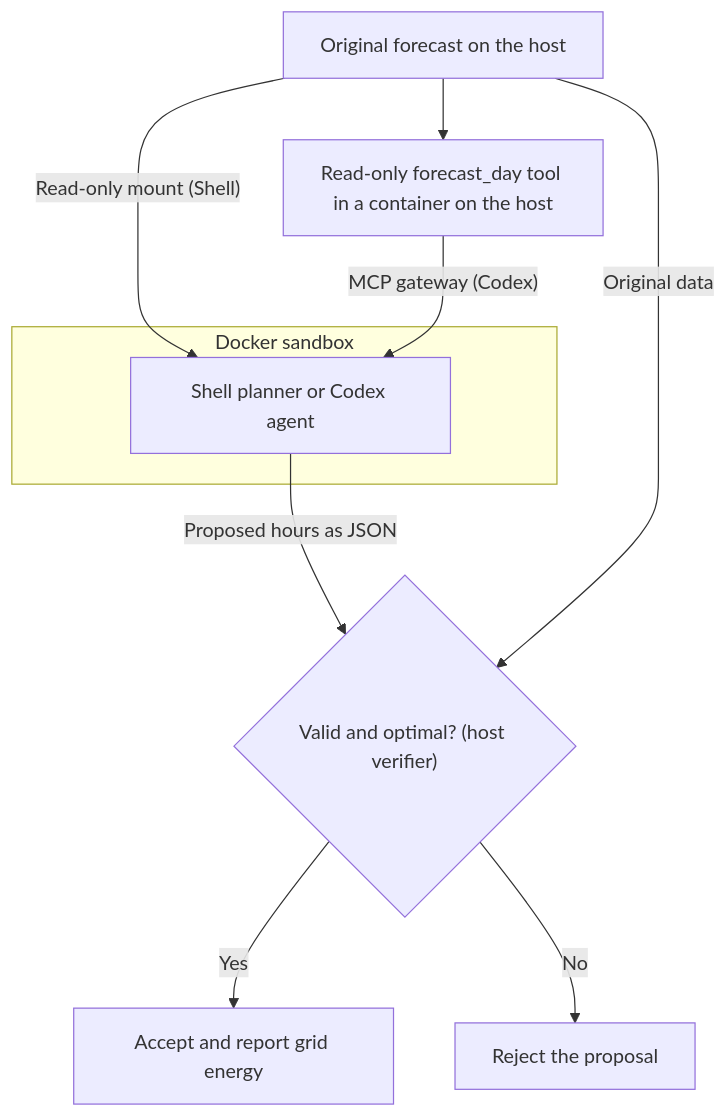
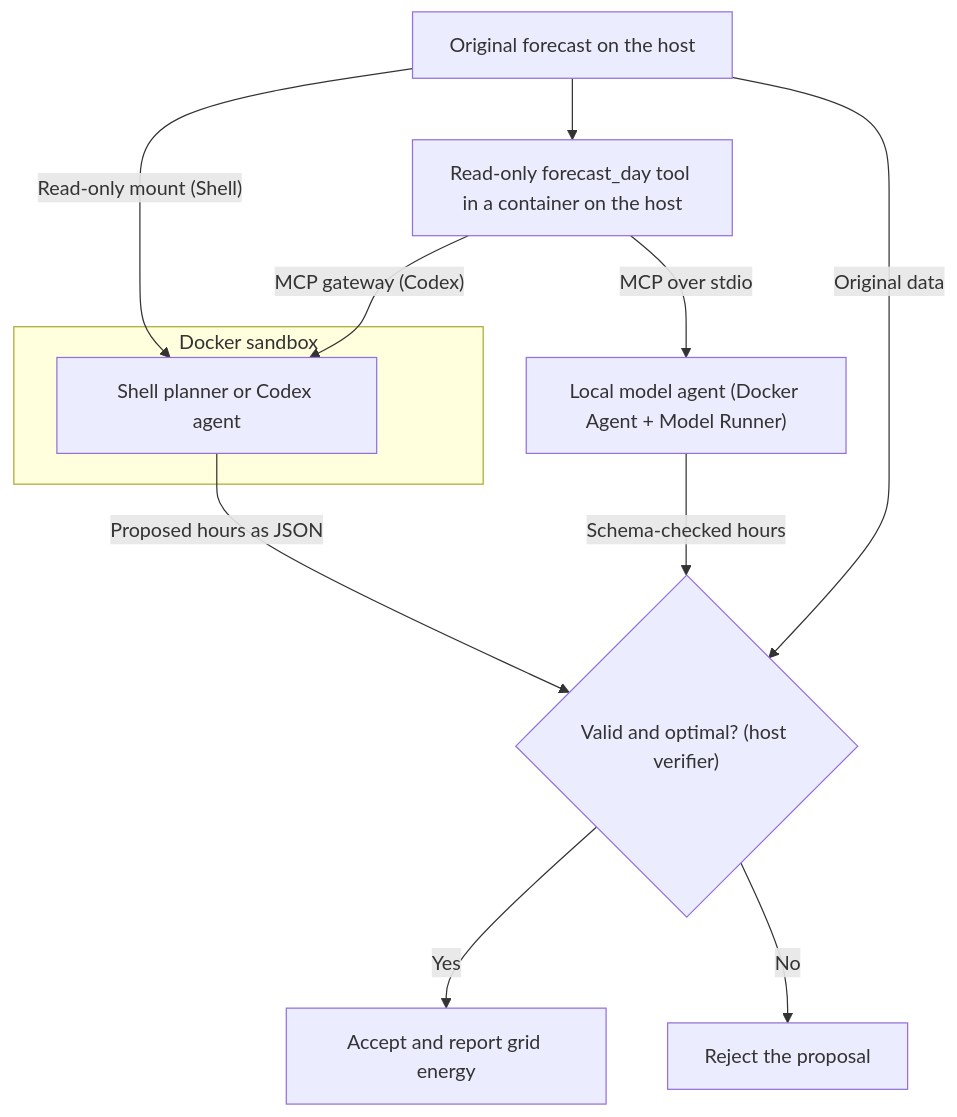
Before and after one commit to brunovicco/ai-agents-on-docker-lab: the diagram in README.md, drawn with Mermaid. The commit also changed other lines of this file and 9 other files, not shown here.

First line of the commit message:
Add a local model planner with Docker Agent and Docker Model Runner

````diff
--- a/README.md
+++ b/README.md
@@ -31,14 +31,16 @@
 ```mermaid
 flowchart TB
     Forecast["Original forecast on the host"]
     subgraph Sandbox["Docker sandbox"]
         Planner["Shell planner or Codex agent"]
     end
     Forecast -->|"Read-only mount (Shell)"| Planner
     Forecast --> MCP["Read-only forecast_day tool in a container on the host"]
     MCP -->|"MCP gateway (Codex)"| Planner
+    MCP -->|"MCP over stdio"| Local["Local model agent (Docker Agent + Model Runner)"]
     Planner -->|"Proposed hours as JSON"| Verify{"Valid and optimal? (host verifier)"}
+    Local -->|"Schema-checked hours"| Verify
     Forecast -->|"Original data"| Verify
     Verify -->|"Yes"| Accept["Accept and report grid energy"]
     Verify -->|"No"| Reject["Reject the proposal"]
 ```
````
